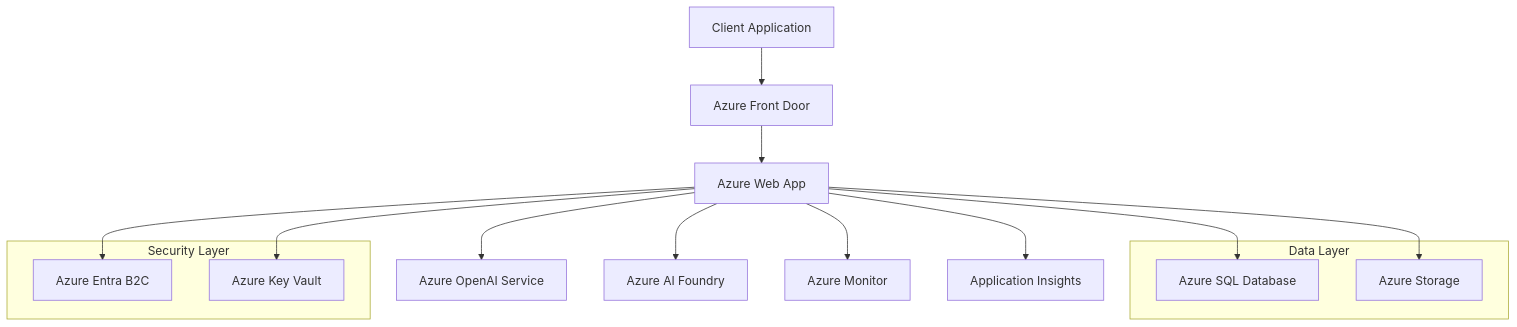
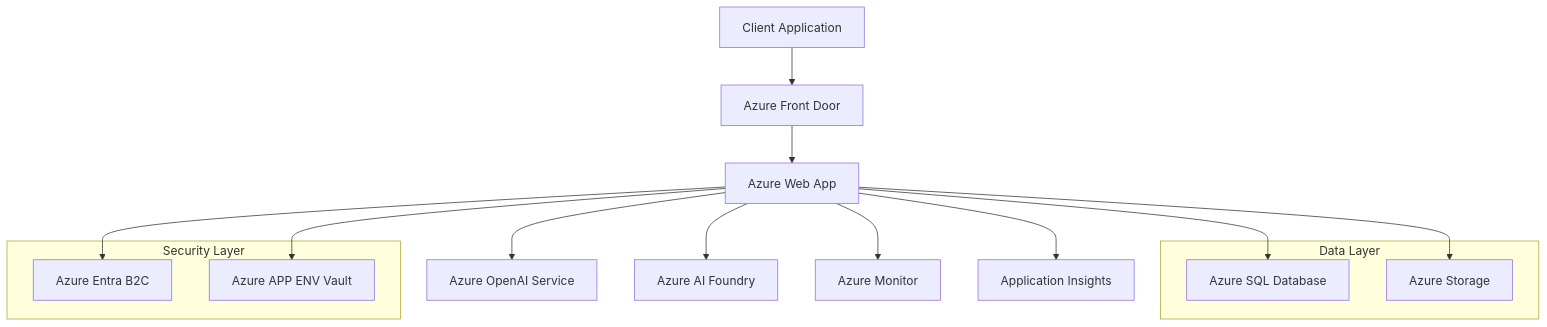
Before and after one commit to TWILIGHTCLOUDCODERZ/AI-POWERED-INTELIGENCE: the first of 2 diagrams in README.md, drawn with Mermaid. The commit also changed other lines of this file, not shown here.

````diff
--- a/README.md
+++ b/README.md
@@ -68,25 +68,25 @@
 ```mermaid
 graph TD
     A[Client Application] --> B[Azure Front Door]
     B --> C[Azure Web App]
     C --> D[Azure OpenAI Service]
     C --> E[Azure AI Foundry]
     C --> F[Azure Entra B2C]
     C --> G[Azure Monitor]
     C --> H[Application Insights]
     
     subgraph Data Layer
         I[Azure SQL Database]
         J[Azure Storage]
     end
     
     C --> I
     C --> J
     
     subgraph Security Layer
         F
-        K[Azure Key Vault]
+        K[Azure APP ENV Vault]
     end
     
     C --> K
 ```
````
